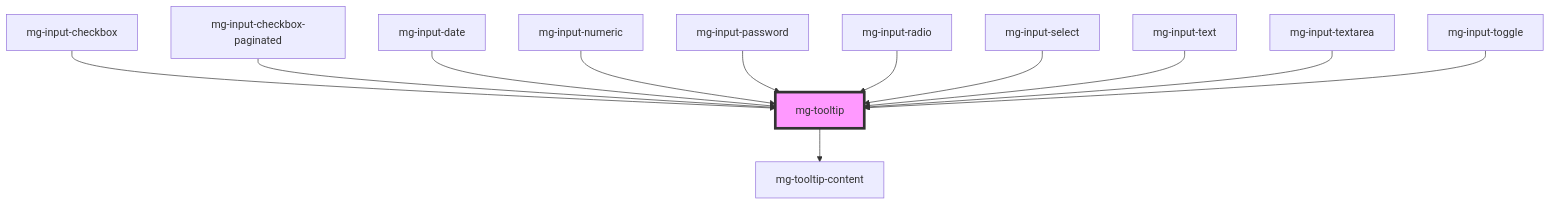
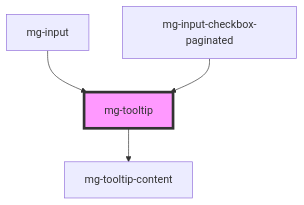
One commit to MGDIS/core-ui changed the diagram in packages/mg-components/src/components/atoms/mg-tooltip/readme.md. Above: the diagram before and after it, drawn with Mermaid. The commit also changed other lines of this file and 39 other files, not shown here.

````diff
--- a/packages/mg-components/src/components/atoms/mg-tooltip/readme.md
+++ b/packages/mg-components/src/components/atoms/mg-tooltip/readme.md
@@ -108,15 +100,7 @@
 ```mermaid
 graph TD;
   mg-tooltip --> mg-tooltip-content
-  mg-input-checkbox --> mg-tooltip
+  mg-input --> mg-tooltip
   mg-input-checkbox-paginated --> mg-tooltip
-  mg-input-date --> mg-tooltip
-  mg-input-numeric --> mg-tooltip
-  mg-input-password --> mg-tooltip
-  mg-input-radio --> mg-tooltip
-  mg-input-select --> mg-tooltip
-  mg-input-text --> mg-tooltip
-  mg-input-textarea --> mg-tooltip
-  mg-input-toggle --> mg-tooltip
   style mg-tooltip fill:#f9f,stroke:#333,stroke-width:4px
 ```
````
